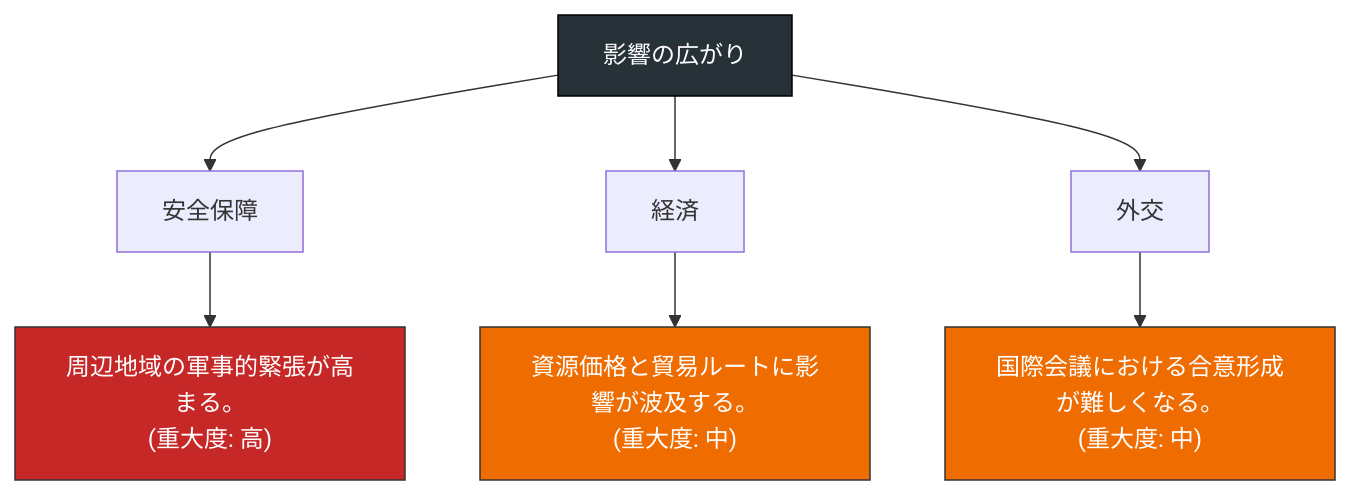
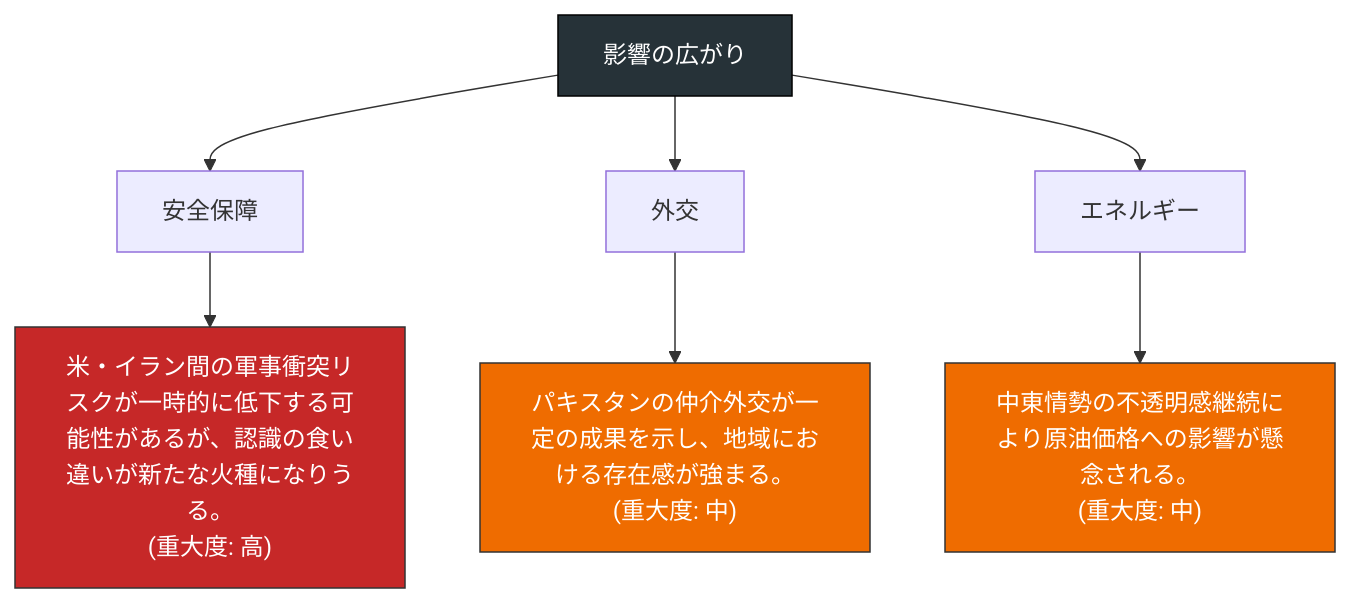
One commit to YUUUyutaro/tiseigaku changed the third of 25 diagrams in docs/reports/2026-04-22.md. Above: the diagram before and after it, drawn with Mermaid. The commit also changed other lines of this file and 3 other files, not shown here.

````diff
--- a/docs/reports/2026-04-22.md
+++ b/docs/reports/2026-04-22.md
@@ -50,17 +57,17 @@
 ```mermaid
 flowchart TB
   R["影響の広がり"]
   D0["安全保障"]
-  I0["周辺地域の軍事的緊張が高まる。\n(重大度: 高)"]
+  I0["米・イラン間の軍事衝突リスクが一時的に低下する可能性があるが、認識の食い違いが新たな火種になりうる。\n(重大度: 高)"]
   R --> D0 --> I0
   style I0 fill:#c62828,color:#fff,stroke:#333
-  D1["経済"]
-  I1["資源価格と貿易ルートに影響が波及する。\n(重大度: 中)"]
+  D1["外交"]
+  I1["パキスタンの仲介外交が一定の成果を示し、地域における存在感が強まる。\n(重大度: 中)"]
   R --> D1 --> I1
   style I1 fill:#ef6c00,color:#fff,stroke:#333
-  D2["外交"]
-  I2["国際会議における合意形成が難しくなる。\n(重大度: 中)"]
+  D2["エネルギー"]
+  I2["中東情勢の不透明感継続により原油価格への影響が懸念される。\n(重大度: 中)"]
   R --> D2 --> I2
   style I2 fill:#ef6c00,color:#fff,stroke:#333
   style R fill:#263238,color:#fff,stroke:#000
 ```
````
